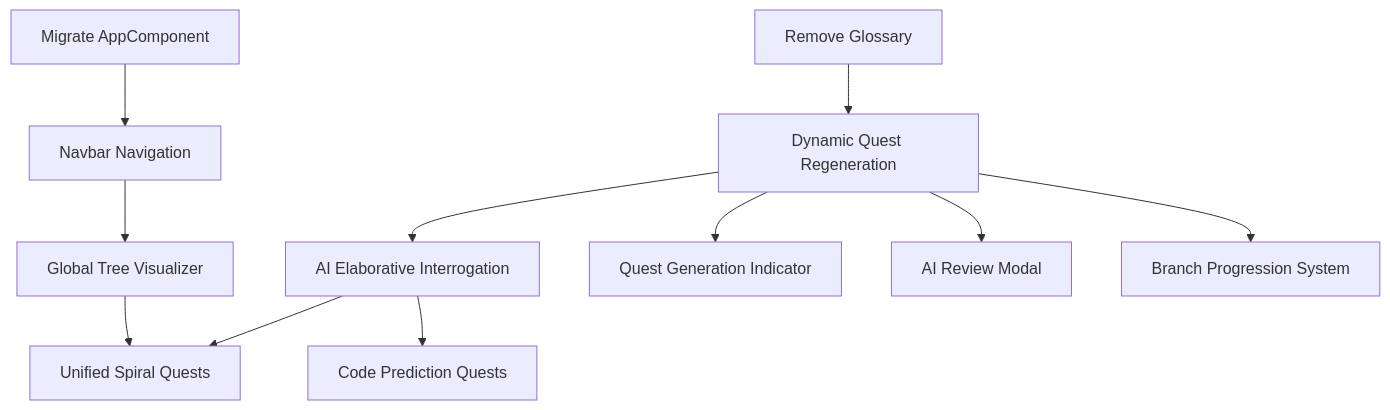
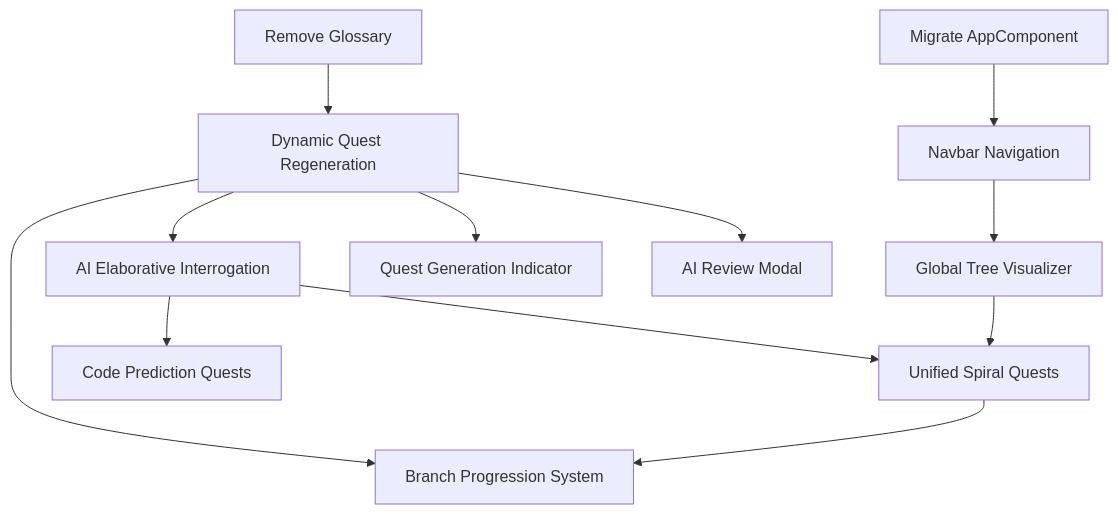
Before and after one commit to gocklkatz/cos-quest-master: the diagram in design/phase3/phase3_main.md, drawn with Mermaid. The commit also changed other lines of this file and 2 other files, not shown here.

````diff
--- a/design/phase3/phase3_main.md
+++ b/design/phase3/phase3_main.md
@@ -65,13 +64,14 @@
 ```mermaid
 graph TD
     C1[Remove Glossary] --> F1[Dynamic Quest Regeneration]
     F1 --> F2[AI Elaborative Interrogation]
     F2 --> F5[Unified Spiral Quests]
     F2 --> F6[Code Prediction Quests]
     F4[Global Tree Visualizer] --> F5
     C4[Migrate AppComponent] --> C3
     C3[Navbar Navigation] --> F4
     F1 --> F9[Quest Generation Indicator]
     F1 --> F10[AI Review Modal]
     F1 --> F12[Branch Progression System]
+    F5 --> F12
 ```
````
